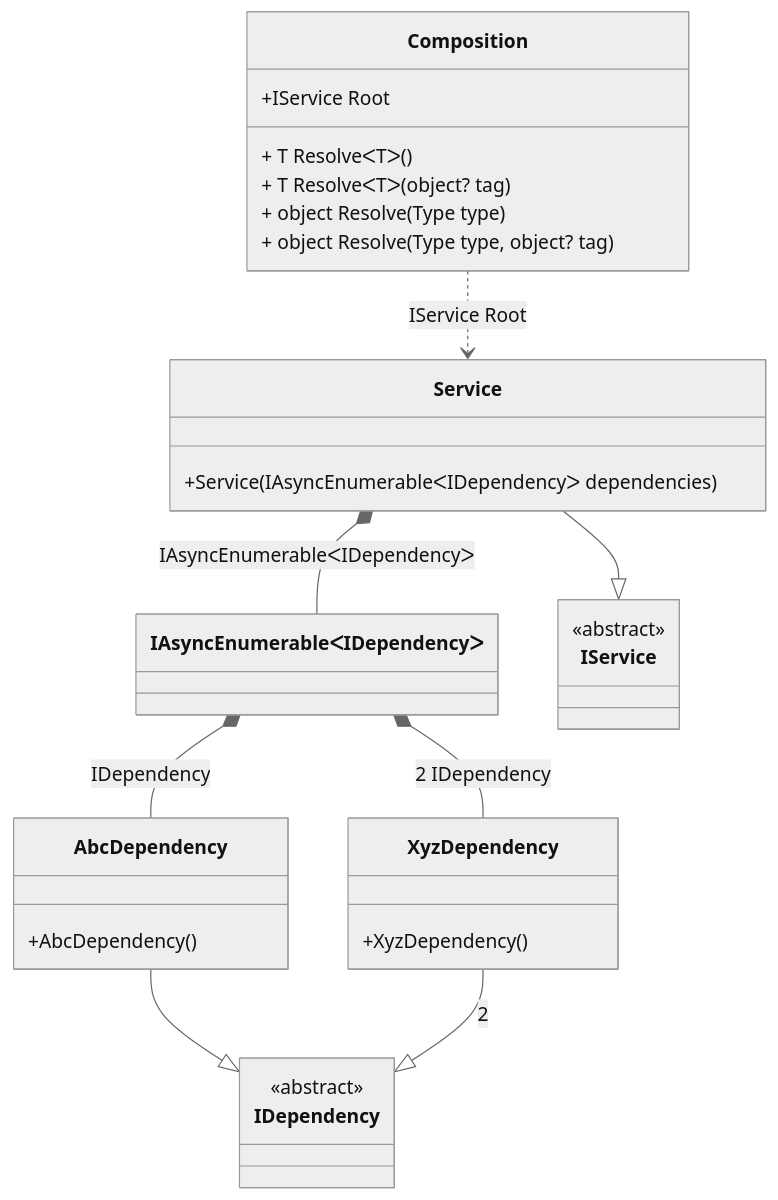
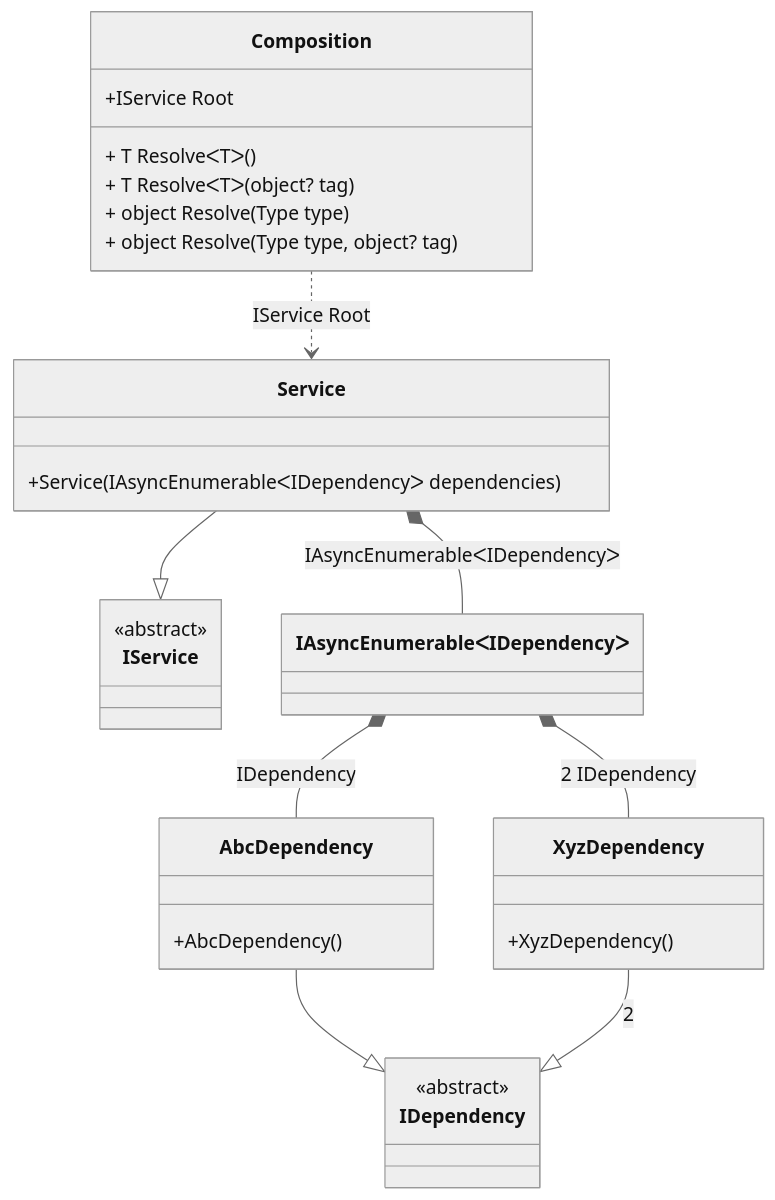
One commit to DevTeam/Pure.DI changed the diagram in readme/async-enumerable.md. Above: the diagram before and after it, drawn with Mermaid (neutral theme). The commit also changed other lines of this file and 103 other files, not shown here.

````diff
--- a/readme/async-enumerable.md
+++ b/readme/async-enumerable.md
@@ -51,33 +51,33 @@
 ```mermaid
 classDiagram
   class Composition {
     +IService Root
     + T ResolveᐸTᐳ()
     + T ResolveᐸTᐳ(object? tag)
     + object Resolve(Type type)
     + object Resolve(Type type, object? tag)
   }
-  class IAsyncEnumerableᐸIDependencyᐳ
   AbcDependency --|> IDependency : 
   class AbcDependency {
     +AbcDependency()
   }
   XyzDependency --|> IDependency : 2 
   class XyzDependency {
     +XyzDependency()
   }
   Service --|> IService : 
   class Service {
     +Service(IAsyncEnumerableᐸIDependencyᐳ dependencies)
   }
+  class IAsyncEnumerableᐸIDependencyᐳ
   class IDependency {
     <<abstract>>
   }
   class IService {
     <<abstract>>
   }
+  Service *--  IAsyncEnumerableᐸIDependencyᐳ : IAsyncEnumerableᐸIDependencyᐳ
+  Composition ..> Service : IService Root
   IAsyncEnumerableᐸIDependencyᐳ *--  AbcDependency : IDependency
   IAsyncEnumerableᐸIDependencyᐳ *--  XyzDependency : 2  IDependency
-  Service *--  IAsyncEnumerableᐸIDependencyᐳ : IAsyncEnumerableᐸIDependencyᐳ
-  Composition ..> Service : IService Root
 ```
````
